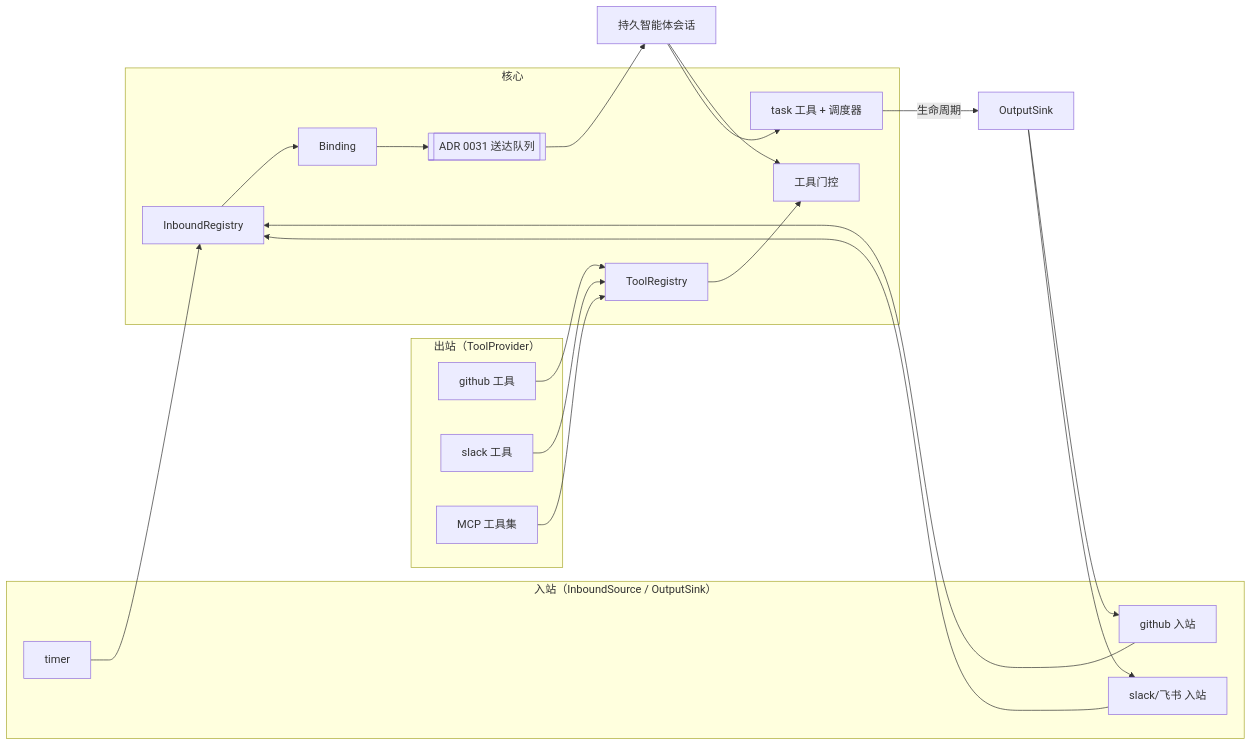
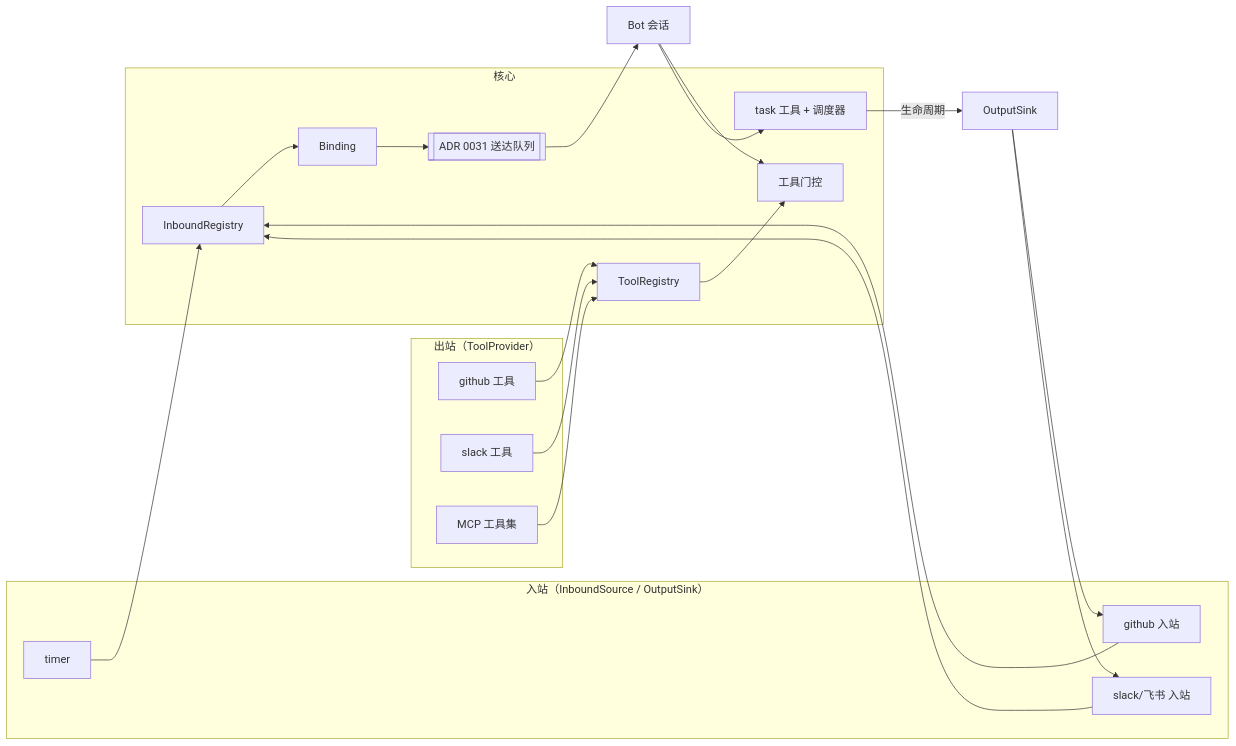
Before and after one commit to qdw497874677/agent-hub: the diagram in docs/adr/0032-router.md, drawn with Mermaid. The commit also changed other lines of this file and 2 other files, not shown here.

Commit message:
docs: 术语收敛——文档里的「持久智能体」改称 Bot，「工作空间」注明即工作目录

````diff
--- a/docs/adr/0032-router.md
+++ b/docs/adr/0032-router.md
@@ -26,25 +26,25 @@
 ```mermaid
 flowchart LR
   subgraph in["入站（InboundSource / OutputSink）"]
     TM[timer]
     GHI[github 入站]
     IMI[slack/飞书 入站]
   end
   subgraph out["出站（ToolProvider）"]
     GHT[github 工具]
     IMT[slack 工具]
     MCP[MCP 工具集]
   end
   subgraph core["核心"]
     SR[InboundRegistry] --> BIND[Binding] --> Q[[ADR 0031 送达队列]]
     TR[ToolRegistry] --> GATE[工具门控]
     TASK[task 工具 + 调度器]
   end
-  AG[持久智能体会话]
+  AG[Bot 会话]
   TM & GHI & IMI --> SR
   Q --> AG
   AG --> GATE
   GHT & IMT & MCP --> TR
   AG --> TASK
   TASK -->|生命周期| SINK[OutputSink] --> GHI & IMI
 ```
````
